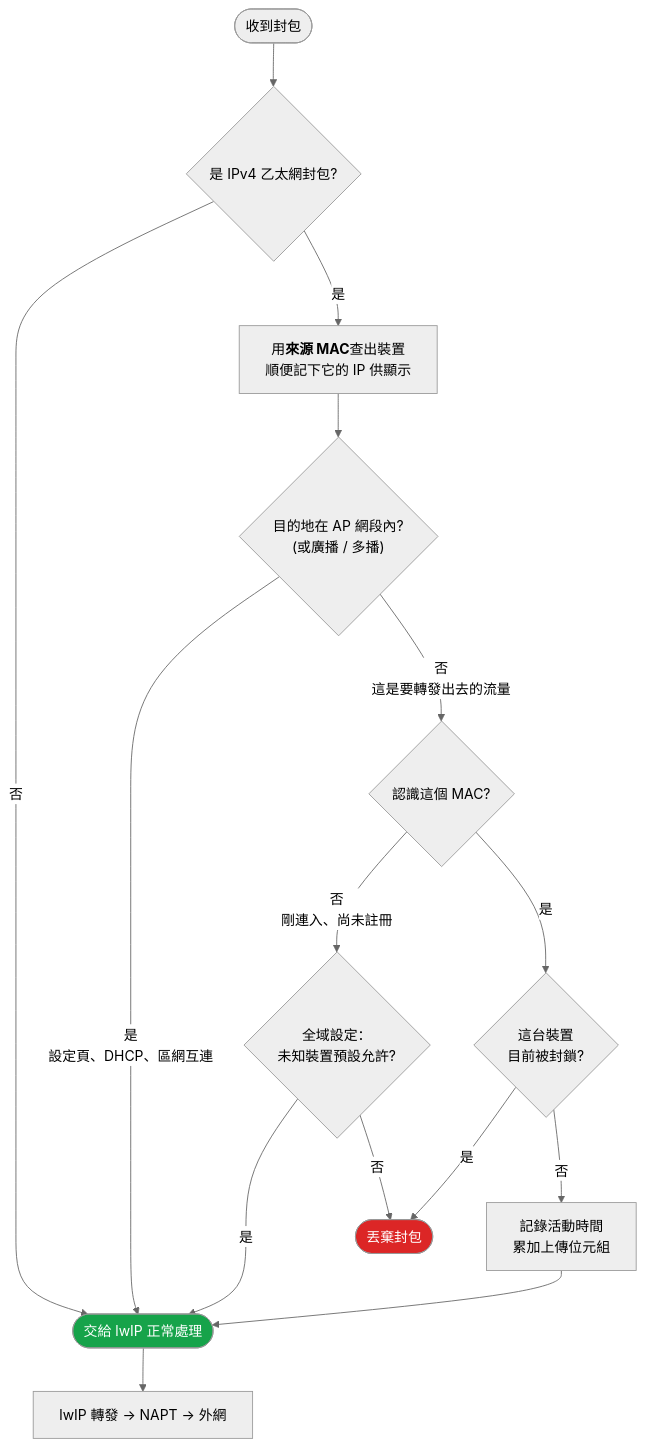
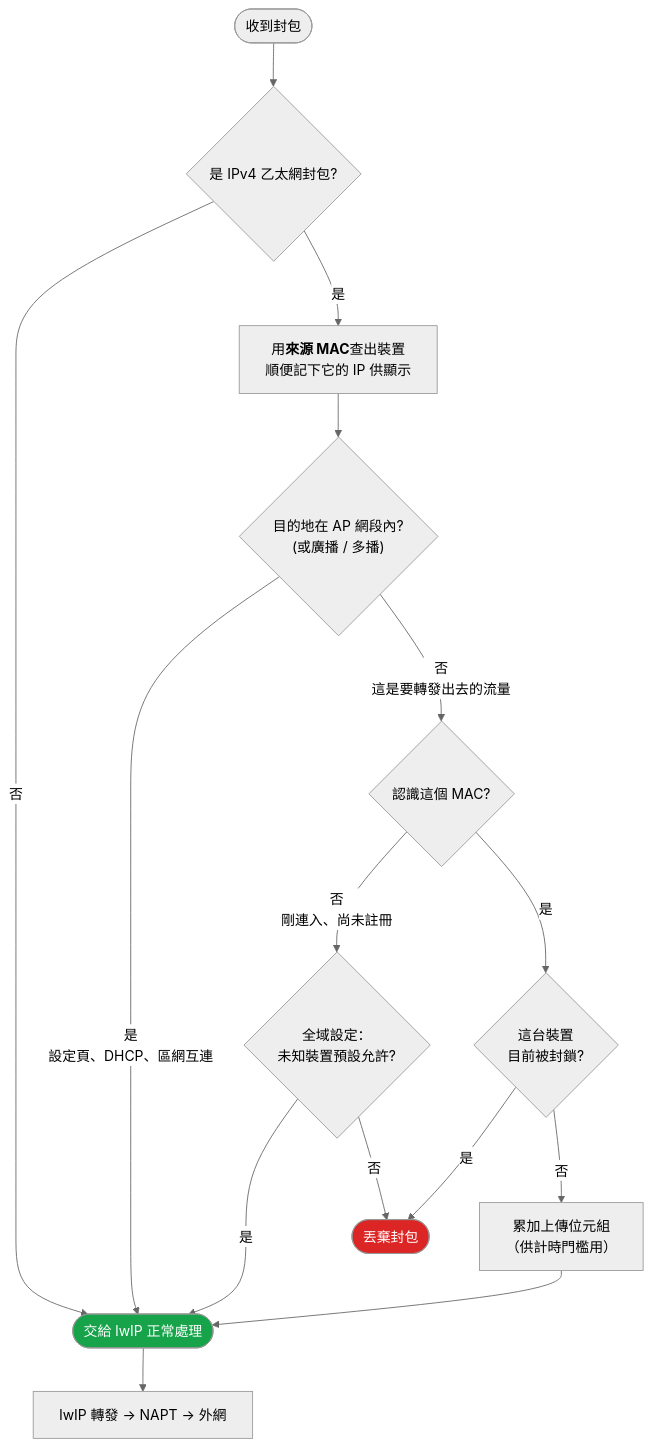
One commit to binomial0418/net-flow-ctrl changed the second of 5 diagrams in README.md. Above: the diagram before and after it, drawn with Mermaid (neutral theme). The commit also changed other lines of this file and 7 other files, not shown here.

Commit message:
feat: add device access time extension functionality and configurable active flow threshold

````diff
--- a/README.md
+++ b/README.md
@@ -71,20 +75,20 @@
 ```mermaid
 flowchart TD
     START([收到封包]) --> ETH{"是 IPv4 乙太網封包?"}
     ETH -->|否| PASS([交給 lwIP 正常處理])
     ETH -->|是| MAC["用<b>來源 MAC</b>查出裝置<br/>順便記下它的 IP 供顯示"]
     MAC --> LOCAL{"目的地在 AP 網段內?<br/>(或廣播 / 多播)"}
     LOCAL -->|"是<br/>設定頁、DHCP、區網互連"| PASS
     LOCAL -->|"否<br/>這是要轉發出去的流量"| KNOWN{"認識這個 MAC?"}
     KNOWN -->|"否<br/>剛連入、尚未註冊"| DEF{"全域設定：<br/>未知裝置預設允許?"}
     DEF -->|是| PASS
     DEF -->|否| DROP([丟棄封包])
     KNOWN -->|是| BLK{"這台裝置<br/>目前被封鎖?"}
     BLK -->|是| DROP
-    BLK -->|否| CNT["記錄活動時間<br/>累加上傳位元組"]
+    BLK -->|否| CNT["累加上傳位元組<br/>（供計時門檻用）"]
     CNT --> PASS
     PASS --> FWD["lwIP 轉發 → NAPT → 外網"]
 
     style DROP fill:#dc2626,color:#fff
     style PASS fill:#16a34a,color:#fff
 ```
````
